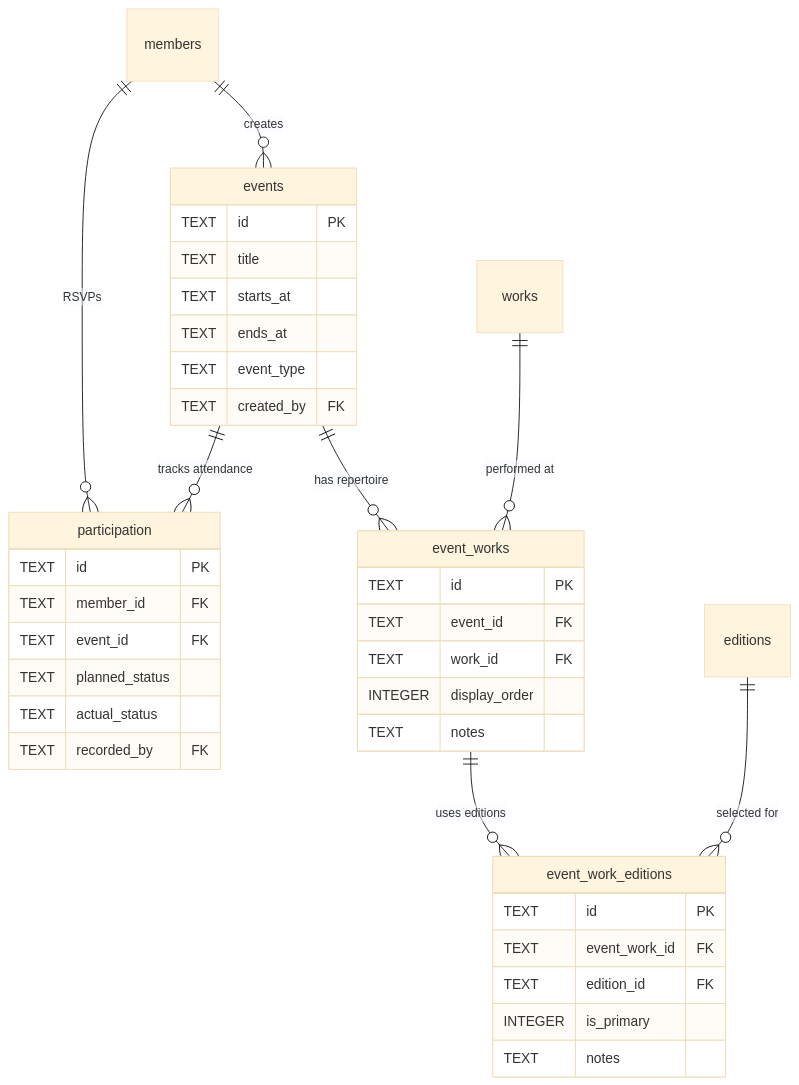
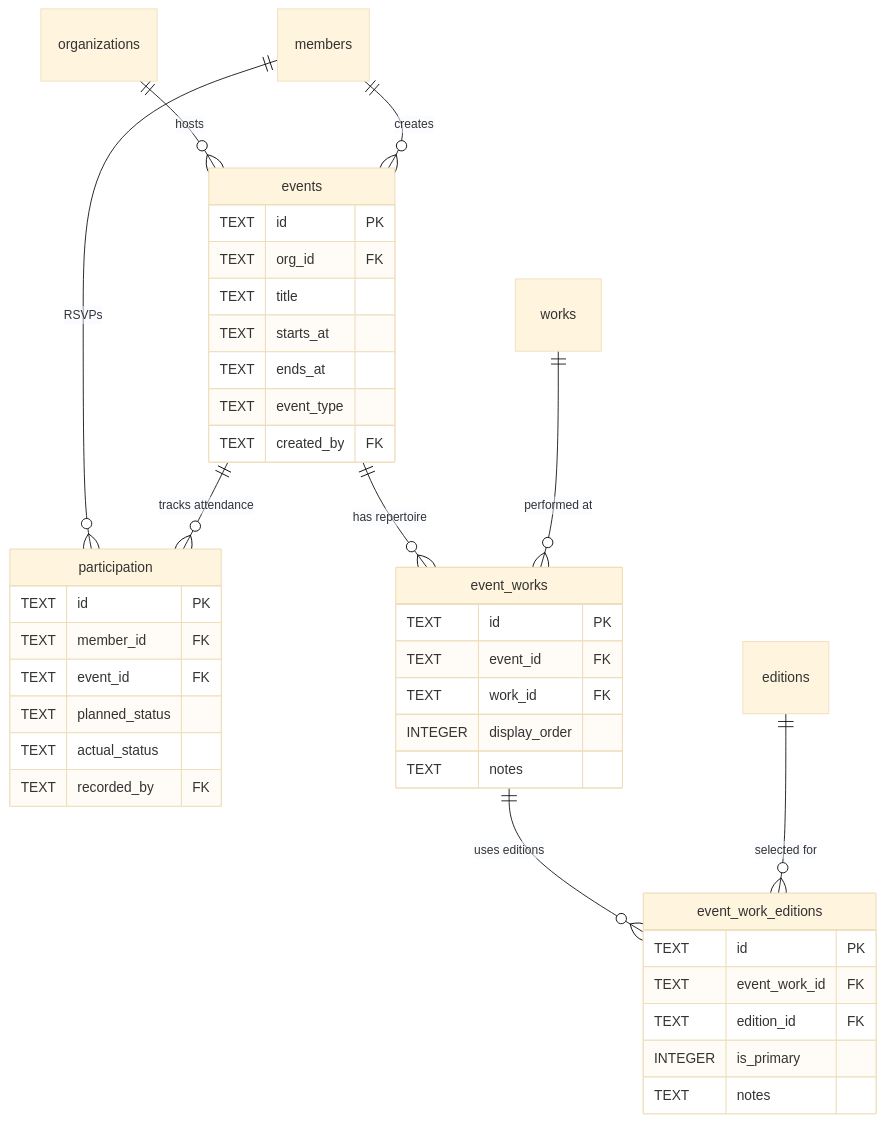
Before and after one commit to mitselek/polyphony: the ninth of 9 diagrams in docs/DATABASE-SCHEMA.md, drawn with Mermaid (base theme). The commit also changed other lines of this file, not shown here.

First line of the commit message:
docs: rewrite DATABASE-SCHEMA.md for Schema V2

````diff
--- a/docs/DATABASE-SCHEMA.md
+++ b/docs/DATABASE-SCHEMA.md
@@ -728,44 +857,46 @@
 ```mermaid
 erDiagram
+    organizations ||--o{ events : "hosts"
     members ||--o{ events : "creates"
     members ||--o{ participation : "RSVPs"
     events ||--o{ event_works : "has repertoire"
     events ||--o{ participation : "tracks attendance"
     works ||--o{ event_works : "performed at"
     event_works ||--o{ event_work_editions : "uses editions"
     editions ||--o{ event_work_editions : "selected for"
 
     events {
         TEXT id PK
+        TEXT org_id FK
         TEXT title
         TEXT starts_at
         TEXT ends_at
         TEXT event_type
         TEXT created_by FK
     }
 
     event_works {
         TEXT id PK
         TEXT event_id FK
         TEXT work_id FK
         INTEGER display_order
         TEXT notes
     }
 
     event_work_editions {
         TEXT id PK
         TEXT event_work_id FK
         TEXT edition_id FK
         INTEGER is_primary
         TEXT notes
     }
 
     participation {
         TEXT id PK
         TEXT member_id FK
         TEXT event_id FK
         TEXT planned_status
         TEXT actual_status
         TEXT recorded_by FK
     }
 ```
````
